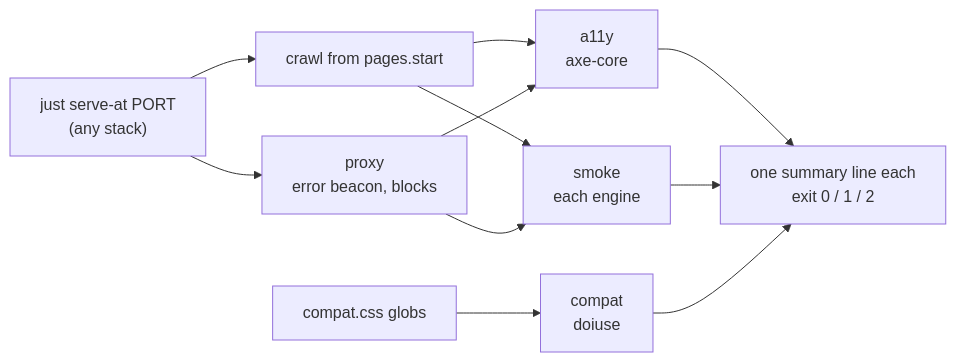
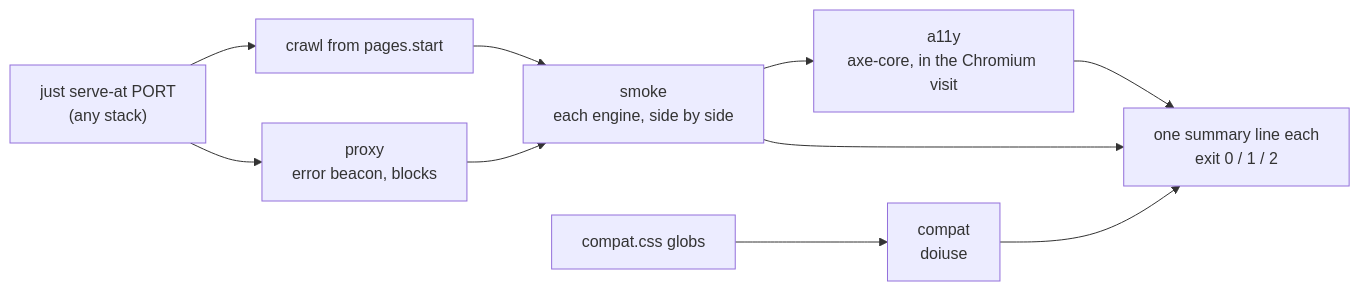
The diagram in README.md (mstcgalis/web-checks), drawn with Mermaid before and after one commit. The commit also changed other lines of this file, not shown here.

Commit message:
docs(readme): check visits each page once per engine; axe rides the Chromium visit

````diff
--- a/README.md
+++ b/README.md
@@ -34,10 +34,10 @@
 ```mermaid
 flowchart LR
   serve["just serve-at PORT<br/>(any stack)"] --> crawl[crawl from pages.start]
   serve --> proxy["proxy<br/>error beacon, blocks"]
-  crawl --> a11y["a11y<br/>axe-core"]
-  crawl --> smoke["smoke<br/>each engine"]
-  proxy --> smoke & a11y
+  crawl --> smoke["smoke<br/>each engine, side by side"]
+  proxy --> smoke
+  smoke --> a11y["a11y<br/>axe-core, in the Chromium visit"]
   css[compat.css globs] --> compat["compat<br/>doiuse"]
   a11y & smoke & compat --> out["one summary line each<br/>exit 0 / 1 / 2"]
 ```
````
